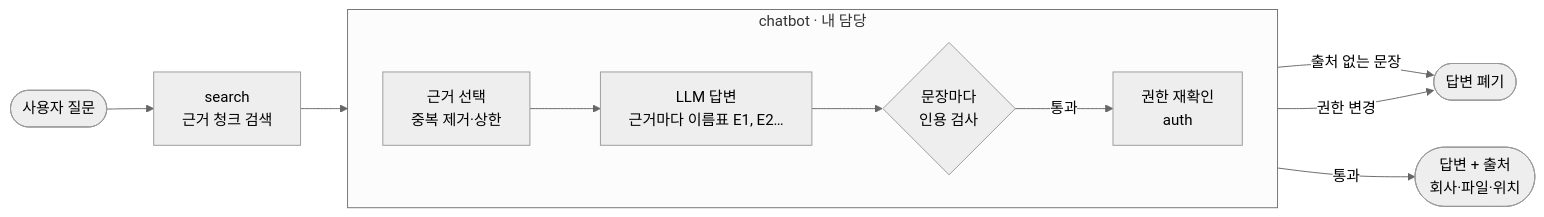
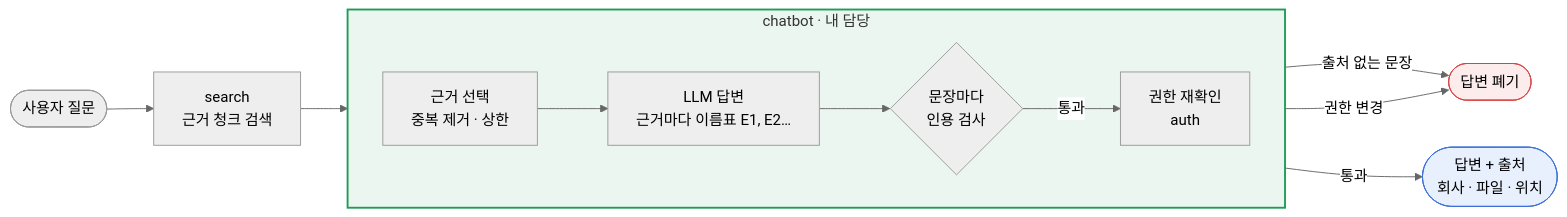
Before and after one commit to nasaro-pro/Hyundap: the first of 4 diagrams in README.md, drawn with Mermaid (neutral theme). The commit also changed other lines of this file and 11 other files, not shown here.

````diff
--- a/README.md
+++ b/README.md
@@ -29,16 +54,20 @@
 ```mermaid
 flowchart LR
     Q([사용자 질문]) --> S[search<br/>근거 청크 검색]
     S --> C1
 
     subgraph CB [chatbot · 내 담당]
         direction LR
-        C1[근거 선택<br/>중복 제거·상한] --> C2[LLM 답변<br/>근거마다 이름표 E1, E2…]
+        C1[근거 선택<br/>중복 제거 · 상한] --> C2[LLM 답변<br/>근거마다 이름표 E1, E2…]
         C2 --> C3{문장마다<br/>인용 검사}
         C3 -- 통과 --> C4[권한 재확인<br/>auth]
     end
 
     C3 -- 출처 없는 문장 --> X([답변 폐기])
     C4 -- 권한 변경 --> X
-    C4 -- 통과 --> UI([답변 + 출처<br/>회사·파일·위치])
+    C4 -- 통과 --> UI([답변 + 출처<br/>회사 · 파일 · 위치])
+
+    style CB fill:#EAF6EF,stroke:#1E9B58,stroke-width:2px
+    style X fill:#FDECEC,stroke:#D64545
+    style UI fill:#E8F0FE,stroke:#3B6FD8
 ```
````
